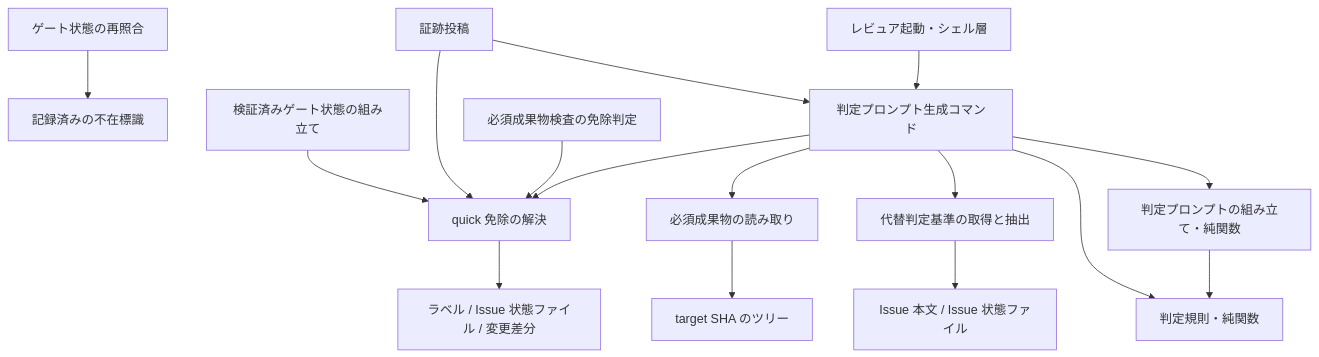
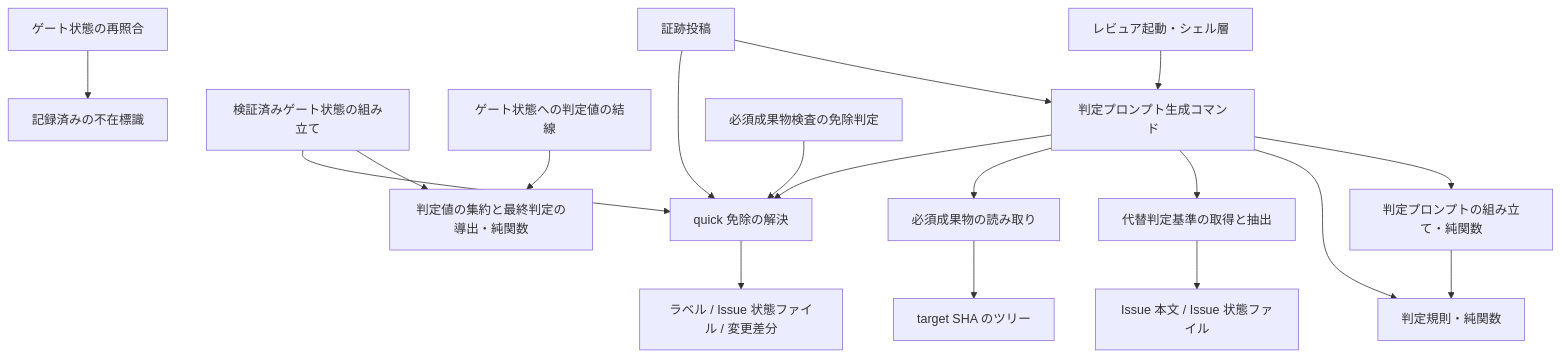
One commit to techbeansjp-free/AGENTS.md changed the first of 2 diagrams in DESIGN.md. Above: the diagram before and after it, drawn with Mermaid. The commit also changed other lines of this file and 2 other files, not shown here.

````diff
--- a/DESIGN.md
+++ b/DESIGN.md
@@ -296,18 +337,20 @@
 ```mermaid
 graph TD
   SH[レビュア起動・シェル層] --> PROMPT[判定プロンプト生成コマンド]
   PROMPT --> EX[quick 免除の解決]
   PROMPT --> ART[必須成果物の読み取り]
   PROMPT --> ALT[代替判定基準の取得と抽出]
   PROMPT --> RULE[判定規則・純関数]
   PROMPT --> BUILD[判定プロンプトの組み立て・純関数]
   BUILD --> RULE
   SUBMIT[証跡投稿] --> EX
   SUBMIT --> PROMPT
   VERIFY[検証済みゲート状態の組み立て] --> EX
+  VERIFY --> AGG[判定値の集約と最終判定の導出・純関数]
+  WIRE[ゲート状態への判定値の結線] --> AGG
   RECON[ゲート状態の再照合] --> ABSENT[記録済みの不在標識]
   QM[必須成果物検査の免除判定] --> EX
   EX --> SRC1[ラベル / Issue 状態ファイル / 変更差分]
   ART --> SRC2[target SHA のツリー]
   ALT --> SRC3[Issue 本文 / Issue 状態ファイル]
 ```
````
